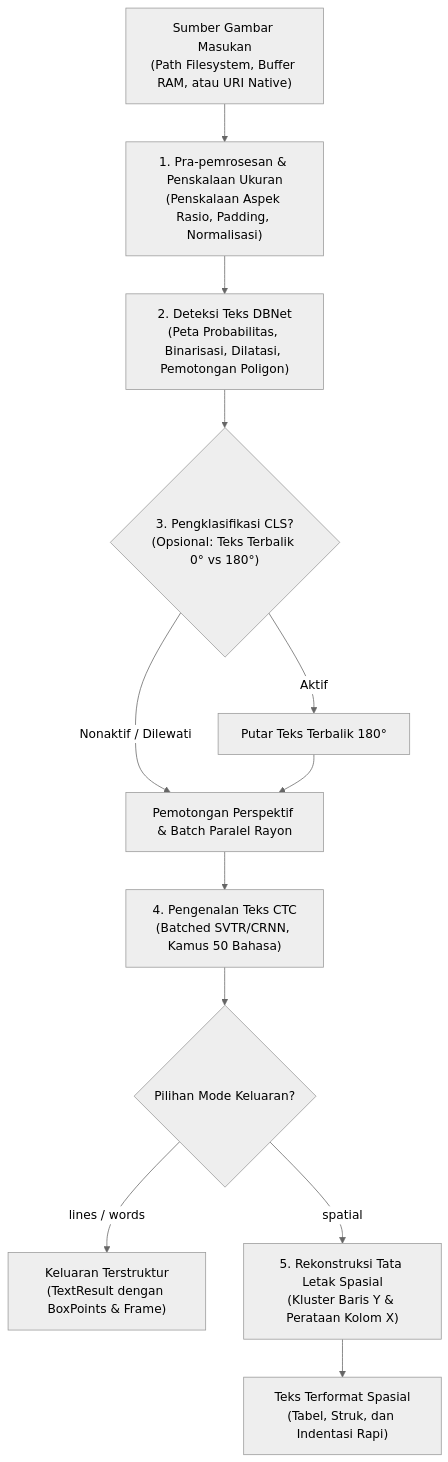
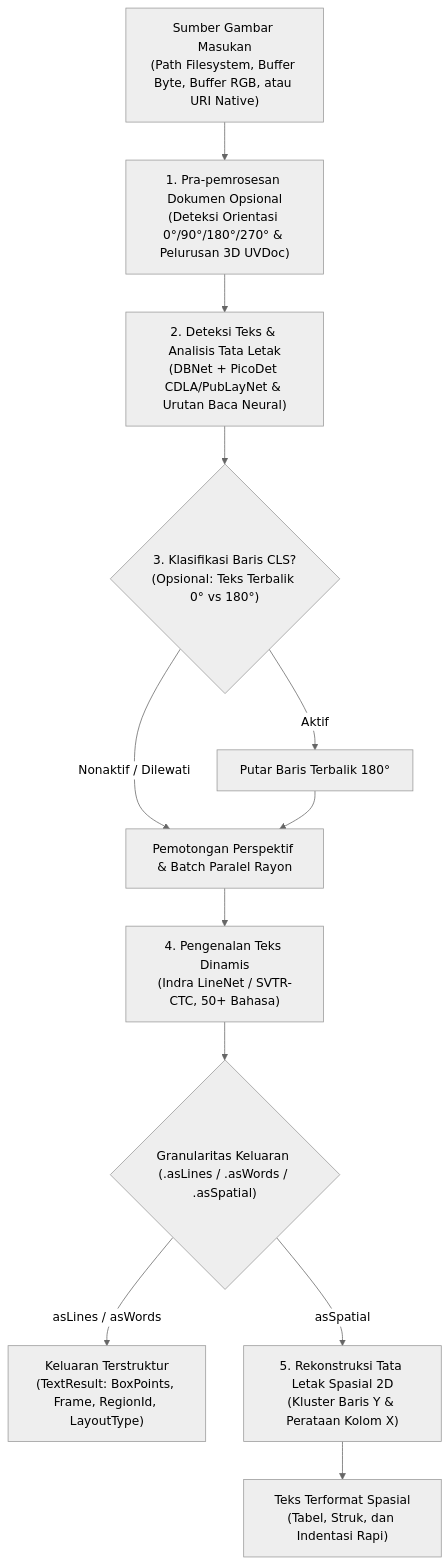
One commit to byrizki/rusto-rs changed the diagram in docs/content/id/01.getting-started/1.introduction.md. Above: the diagram before and after it, drawn with Mermaid (neutral theme). The commit also changed other lines of this file and 193 other files, not shown here.

````diff
--- a/docs/content/id/01.getting-started/1.introduction.md
+++ b/docs/content/id/01.getting-started/1.introduction.md
@@ -20,14 +20,14 @@
 ```mermaid
 flowchart TD
-    A["Sumber Gambar Masukan<br/>(Path Filesystem, Buffer RAM, atau URI Native)"] --> B["1. Pra-pemrosesan & Penskalaan Ukuran<br/>(Penskalaan Aspek Rasio, Padding, Normalisasi)"]
-    B --> C["2. Deteksi Teks DBNet<br/>(Peta Probabilitas, Binarisasi, Dilatasi, Pemotongan Poligon)"]
-    C --> D{"3. Pengklasifikasi CLS?<br/>(Opsional: Teks Terbalik 0° vs 180°)"}
-    D -->|Aktif| E["Putar Teks Terbalik 180°"]
+    A["Sumber Gambar Masukan<br/>(Path Filesystem, Buffer Byte, Buffer RGB, atau URI Native)"] --> B["1. Pra-pemrosesan Dokumen Opsional<br/>(Deteksi Orientasi 0°/90°/180°/270° & Pelurusan 3D UVDoc)"]
+    B --> C["2. Deteksi Teks & Analisis Tata Letak<br/>(DBNet + PicoDet CDLA/PubLayNet & Urutan Baca Neural)"]
+    C --> D{"3. Klasifikasi Baris CLS?<br/>(Opsional: Teks Terbalik 0° vs 180°)"}
+    D -->|Aktif| E["Putar Baris Terbalik 180°"]
     D -->|Nonaktif / Dilewati| F["Pemotongan Perspektif & Batch Paralel Rayon"]
     E --> F
-    F --> G["4. Pengenalan Teks CTC<br/>(Batched SVTR/CRNN, Kamus 50 Bahasa)"]
-    G --> H{"Pilihan Mode Keluaran?"}
-    H -->|lines / words| I["Keluaran Terstruktur<br/>(TextResult dengan BoxPoints & Frame)"]
-    H -->|spatial| J["5. Rekonstruksi Tata Letak Spasial<br/>(Kluster Baris Y & Perataan Kolom X)"]
+    F --> G["4. Pengenalan Teks Dinamis<br/>(Indra LineNet / SVTR-CTC, 50+ Bahasa)"]
+    G --> H{"Granularitas Keluaran (.asLines / .asWords / .asSpatial)"}
+    H -->|asLines / asWords| I["Keluaran Terstruktur<br/>(TextResult: BoxPoints, Frame, RegionId, LayoutType)"]
+    H -->|asSpatial| J["5. Rekonstruksi Tata Letak Spasial 2D<br/>(Kluster Baris Y & Perataan Kolom X)"]
     J --> K["Teks Terformat Spasial<br/>(Tabel, Struk, dan Indentasi Rapi)"]
 ```
````
